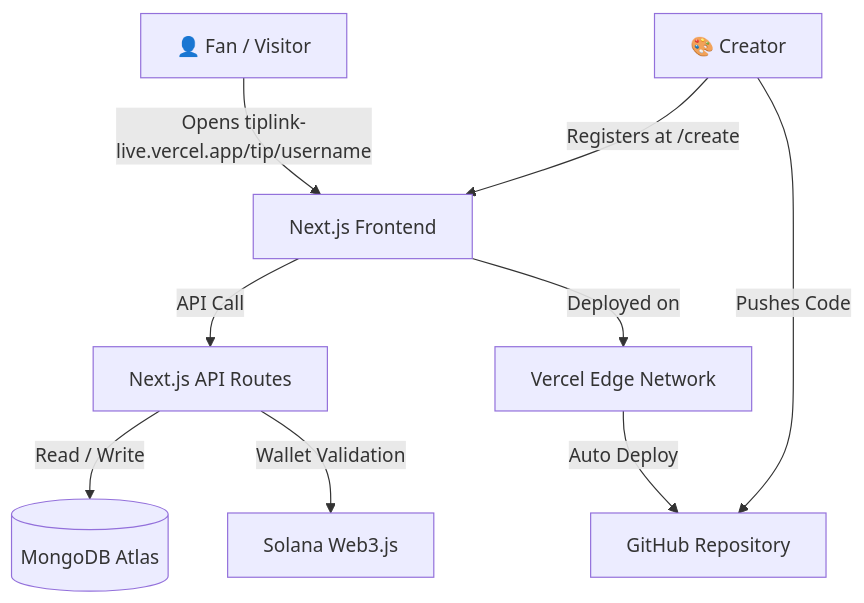
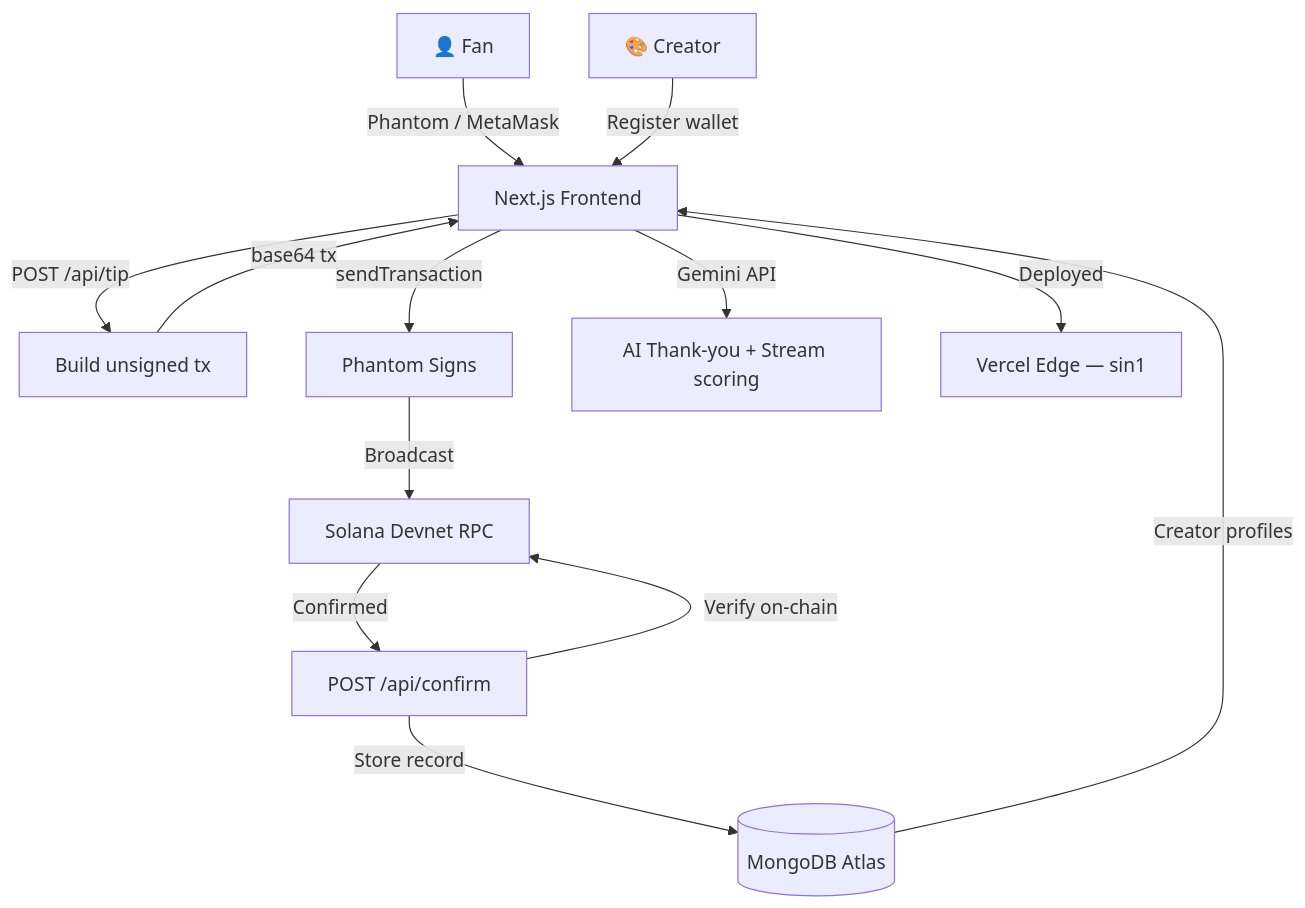
Before and after one commit to gopichandchalla16/tiplink-live: the first of 2 diagrams in README.md, drawn with Mermaid. The commit also changed other lines of this file, not shown here.

Commit message:
docs: complete README overhaul — production MVP, real wallet, 3D UI, full API docs

````diff
--- a/README.md
+++ b/README.md
@@ -41,11 +103,15 @@
 ```mermaid
 graph TD
-    A[👤 Fan / Visitor] -->|Opens tiplink-live.vercel.app/tip/username| B[Next.js Frontend]
-    C[🎨 Creator] -->|Registers at /create| B
-    B -->|API Call| D[Next.js API Routes]
-    D -->|Read / Write| E[(MongoDB Atlas)]
-    D -->|Wallet Validation| F[Solana Web3.js]
-    B -->|Deployed on| G[Vercel Edge Network]
-    G -->|Auto Deploy| H[GitHub Repository]
-    C -->|Pushes Code| H
+    A[👤 Fan] -->|Phantom / MetaMask| B[Next.js Frontend]
+    C[🎨 Creator] -->|Register wallet| B
+    B -->|POST /api/tip| D[Build unsigned tx]
+    D -->|base64 tx| B
+    B -->|sendTransaction| E[Phantom Signs]
+    E -->|Broadcast| F[Solana Devnet RPC]
+    F -->|Confirmed| G[POST /api/confirm]
+    G -->|Verify on-chain| F
+    G -->|Store record| H[(MongoDB Atlas)]
+    B -->|Gemini API| I[AI Thank-you + Stream scoring]
+    H -->|Creator profiles| B
+    B -->|Deployed| J[Vercel Edge — sin1]
 ```
````
